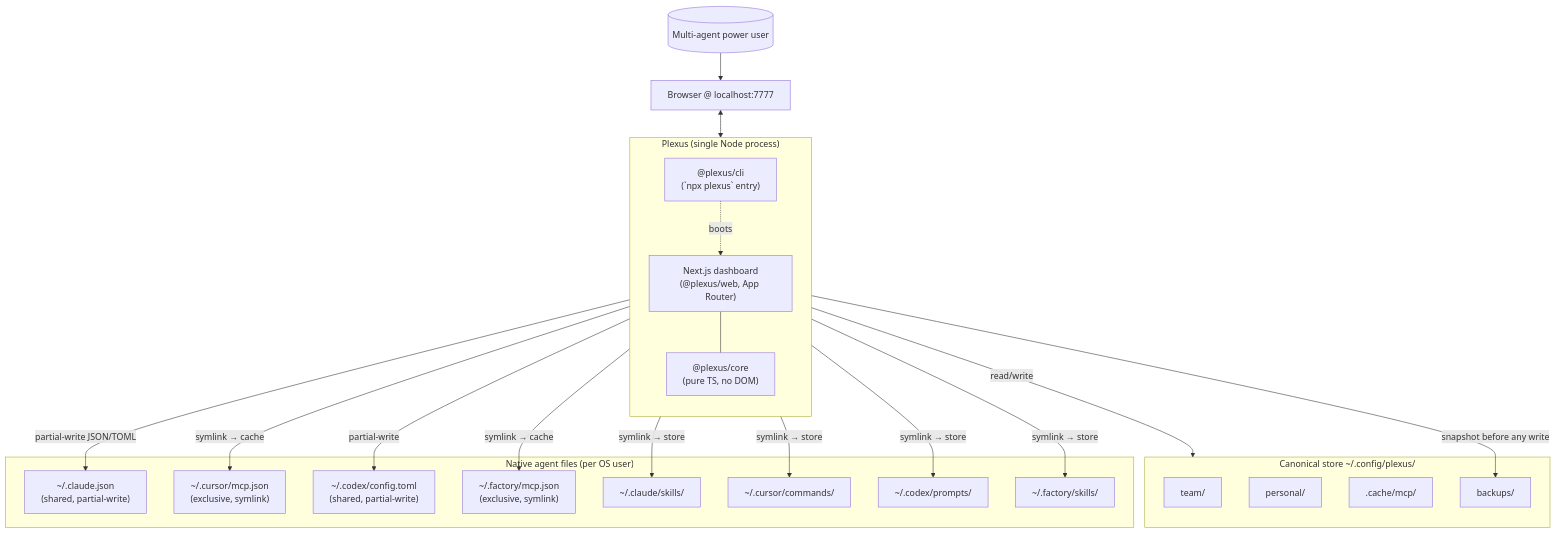
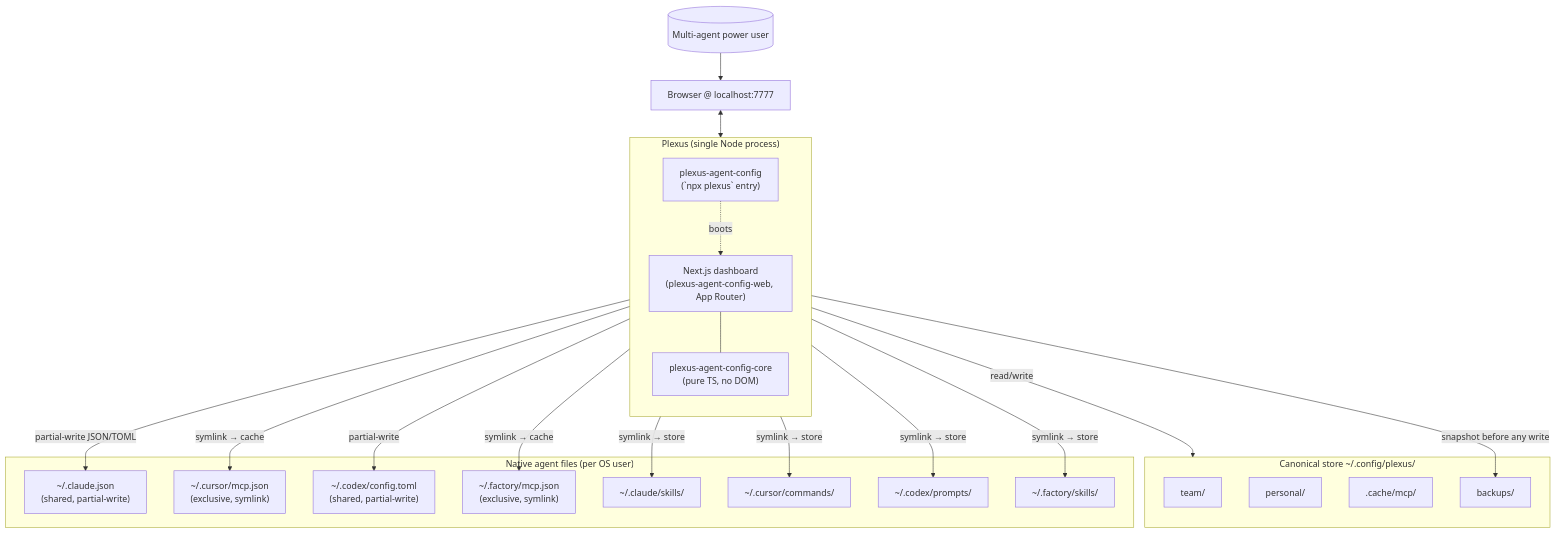
The first of 4 diagrams in docs/refactor/03-architecture.md (miniLV/Plexus), drawn with Mermaid before and after one commit. The commit also changed other lines of this file and 50 other files, not shown here.

````diff
--- a/docs/refactor/03-architecture.md
+++ b/docs/refactor/03-architecture.md
@@ -19,45 +19,45 @@
 ```mermaid
 graph TD
     User[("Multi-agent power user")]
     Browser["Browser @ localhost:7777"]
     User --> Browser
 
     subgraph Plexus["Plexus (single Node process)"]
       direction TB
-      WebApp["Next.js dashboard\n(@plexus/web, App Router)"]
-      Core["@plexus/core\n(pure TS, no DOM)"]
-      CLI["@plexus/cli\n(`npx plexus` entry)"]
+      WebApp["Next.js dashboard\n(plexus-agent-config-web, App Router)"]
+      Core["plexus-agent-config-core\n(pure TS, no DOM)"]
+      CLI["plexus-agent-config\n(`npx plexus` entry)"]
       WebApp --- Core
       CLI -.boots.-> WebApp
     end
     Browser <--> WebApp
 
     subgraph Store["Canonical store ~/.config/plexus/"]
       Team["team/"]
       Personal["personal/"]
       Cache[".cache/mcp/"]
       Backups["backups/"]
     end
 
     subgraph Native["Native agent files (per OS user)"]
       Claude["~/.claude.json\n(shared, partial-write)"]
       Cursor["~/.cursor/mcp.json\n(exclusive, symlink)"]
       Codex["~/.codex/config.toml\n(shared, partial-write)"]
       Droid["~/.factory/mcp.json\n(exclusive, symlink)"]
       ClaudeSkills["~/.claude/skills/"]
       CursorCmds["~/.cursor/commands/"]
       CodexPrompts["~/.codex/prompts/"]
       DroidSkills["~/.factory/skills/"]
     end
 
     Core -- "read/write" --> Store
     Core -- "partial-write JSON/TOML" --> Claude
     Core -- "partial-write" --> Codex
     Core -- "symlink → cache" --> Cursor
     Core -- "symlink → cache" --> Droid
     Core -- "symlink → store" --> ClaudeSkills
     Core -- "symlink → store" --> CursorCmds
     Core -- "symlink → store" --> CodexPrompts
     Core -- "symlink → store" --> DroidSkills
     Core -- "snapshot before any write" --> Backups
 ```
````
